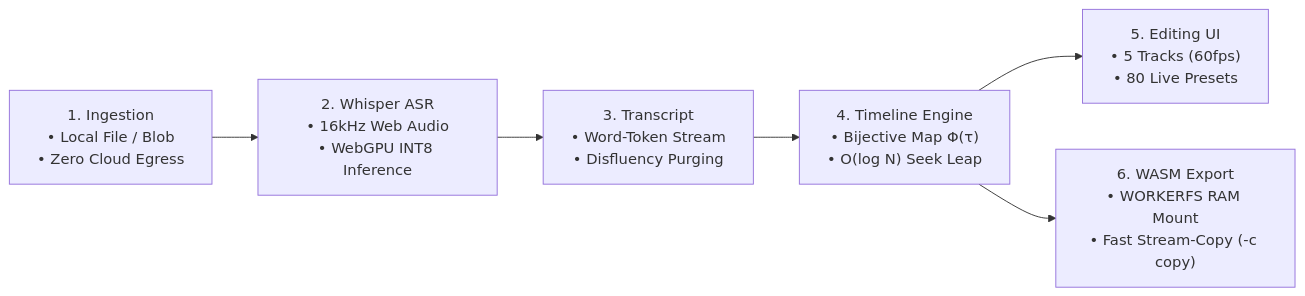
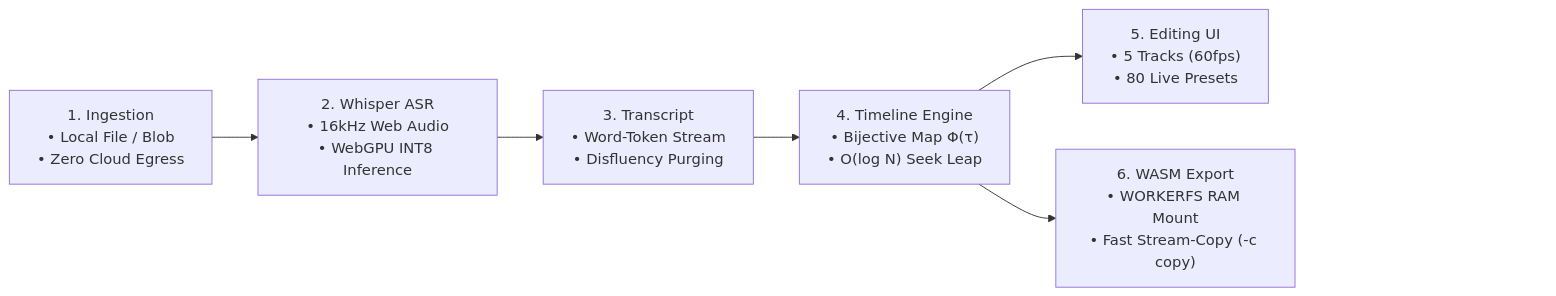
One commit to aksjc2023-code/scarlet-rewrite changed the first of 4 diagrams in README.md. Above: the diagram before and after it, drawn with Mermaid. The commit also changed other lines of this file, not shown here.

Commit message:
docs: add invisible right margin spacers to all Mermaid workflow diagrams to prevent GitHub interactive buttons from overlapping content

````diff
--- a/README.md
+++ b/README.md
@@ -127,8 +127,12 @@
 ```mermaid
 flowchart LR
     Ingest["1. Ingestion\n• Local File / Blob\n• Zero Cloud Egress"] --> ASR["2. Whisper ASR\n• 16kHz Web Audio\n• WebGPU INT8 Inference"]
     ASR --> Prune["3. Transcript\n• Word-Token Stream\n• Disfluency Purging"]
     Prune --> Engine["4. Timeline Engine\n• Bijective Map Φ(τ)\n• O(log N) Seek Leap"]
     Engine --> UI["5. Editing UI\n• 5 Tracks (60fps)\n• 80 Live Presets"]
     Engine --> Export["6. WASM Export\n• WORKERFS RAM Mount\n• Fast Stream-Copy (-c copy)"]
+
+    UI ~~~ Pad0["&nbsp;&nbsp;&nbsp;&nbsp;&nbsp;&nbsp;&nbsp;&nbsp;&nbsp;&nbsp;&nbsp;&nbsp;&nbsp;&nbsp;&nbsp;&nbsp;&nbsp;&nbsp;&nbsp;&nbsp;&nbsp;&nbsp;&nbsp;&nbsp;&nbsp;&nbsp;&nbsp;&nbsp;&nbsp;&nbsp;&nbsp;&nbsp;"]
+    Export ~~~ Pad0
+    style Pad0 fill:none,stroke:none,color:none
 ```
````
